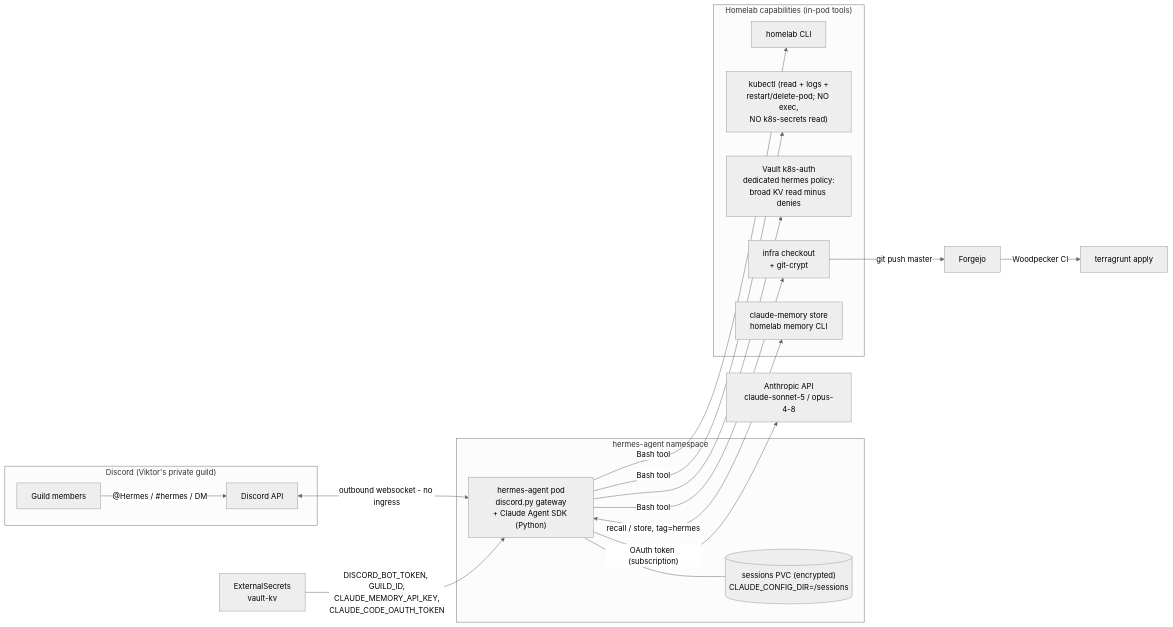
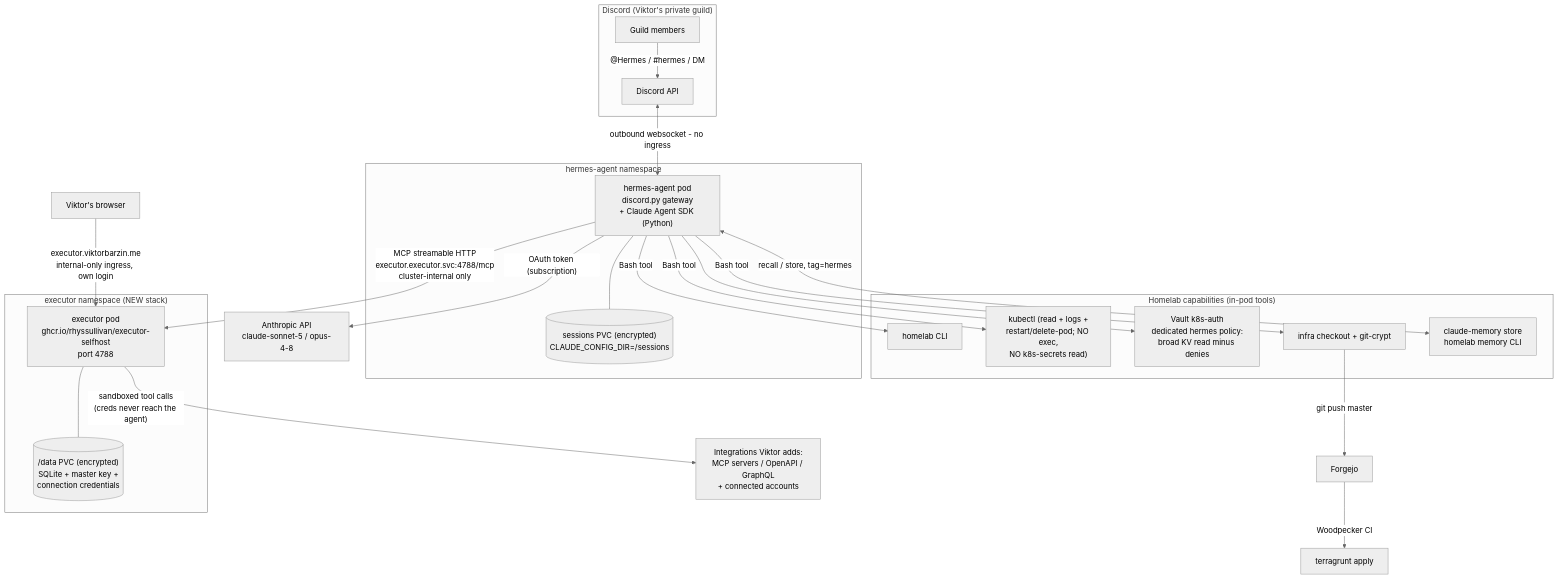
Before and after one commit to ViktorBarzin/infra: the first of 2 diagrams in docs/plans/2026-07-12-hermes-agent-v2-discord-claude-design.md, drawn with Mermaid (neutral theme). The commit also changed other lines of this file, not shown here.

First line of the commit message:
docs: Hermes v2 design rev 2 — add self-hosted Executor integration hub

````diff
--- a/docs/plans/2026-07-12-hermes-agent-v2-discord-claude-design.md
+++ b/docs/plans/2026-07-12-hermes-agent-v2-discord-claude-design.md
@@ -31,31 +35,39 @@
 ```mermaid
-flowchart LR
+flowchart TD
     subgraph Discord["Discord (Viktor's private guild)"]
         U[Guild members] -->|"@Hermes / #hermes / DM"| D[Discord API]
     end
+
+    D <-->|outbound websocket - no ingress| GW
 
     subgraph K8s["hermes-agent namespace"]
         GW["hermes-agent pod<br/>discord.py gateway<br/>+ Claude Agent SDK (Python)"]
         PVC[("sessions PVC (encrypted)<br/>CLAUDE_CONFIG_DIR=/sessions")]
         GW --- PVC
     end
 
-    D <-->|outbound websocket - no ingress| GW
+    GW -->|"OAuth token (subscription)"| A[Anthropic API<br/>claude-sonnet-5 / opus-4-8]
 
-    GW -->|"OAuth token (subscription)"| A[Anthropic API<br/>claude-sonnet-5 / opus-4-8]
+    subgraph EX["executor namespace (NEW stack)"]
+        EXE["executor pod<br/>ghcr.io/rhyssullivan/executor-selfhost<br/>port 4788"]
+        EPVC[("/data PVC (encrypted)<br/>SQLite + master key +<br/>connection credentials")]
+        EXE --- EPVC
+    end
+
+    GW -->|"MCP streamable HTTP<br/>executor.executor.svc:4788/mcp<br/>cluster-internal only"| EXE
+    EXE -->|"sandboxed tool calls<br/>(creds never reach the agent)"| INT["Integrations Viktor adds:<br/>MCP servers / OpenAPI / GraphQL<br/>+ connected accounts"]
+    VB[Viktor's browser] -->|"executor.viktorbarzin.me<br/>internal-only ingress, own login"| EXE
 
     subgraph Homelab["Homelab capabilities (in-pod tools)"]
         HL[homelab CLI]
         KC["kubectl (read + logs +<br/>restart/delete-pod; NO exec,<br/>NO k8s-secrets read)"]
         VA["Vault k8s-auth<br/>dedicated hermes policy:<br/>broad KV read minus denies"]
-        IR[infra checkout<br/>+ git-crypt]
+        IR[infra checkout + git-crypt]
         MEM[claude-memory store<br/>homelab memory CLI]
     end
 
     GW -->|Bash tool| HL & KC & IR
     GW --> VA
     GW <-->|recall / store, tag=hermes| MEM
     IR -->|git push master| FG[Forgejo] -->|Woodpecker CI| APPLY[terragrunt apply]
-
-    ESO[ExternalSecrets<br/>vault-kv] -->|DISCORD_BOT_TOKEN, GUILD_ID,<br/>CLAUDE_MEMORY_API_KEY,<br/>CLAUDE_CODE_OAUTH_TOKEN| GW
 ```
````
